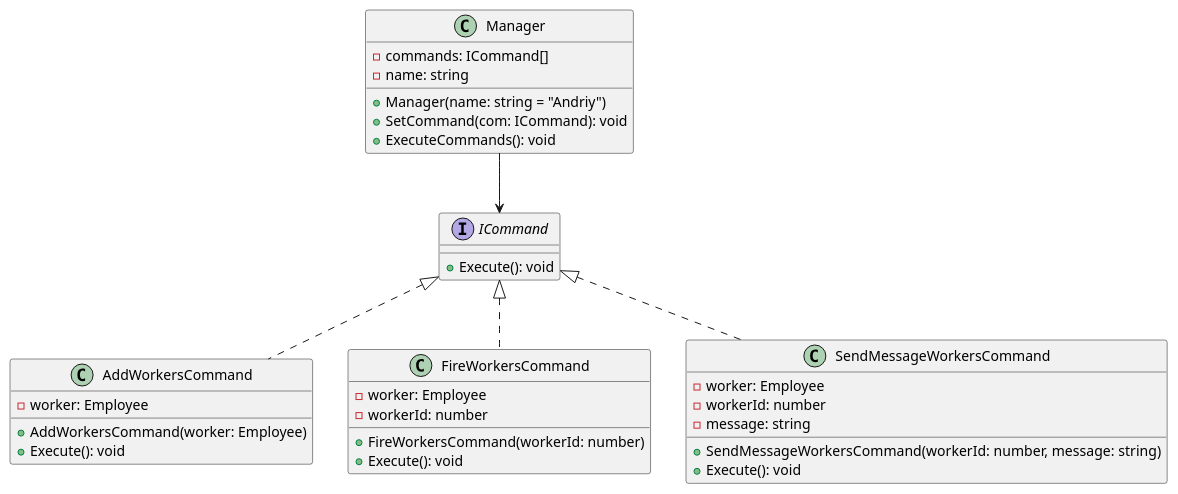
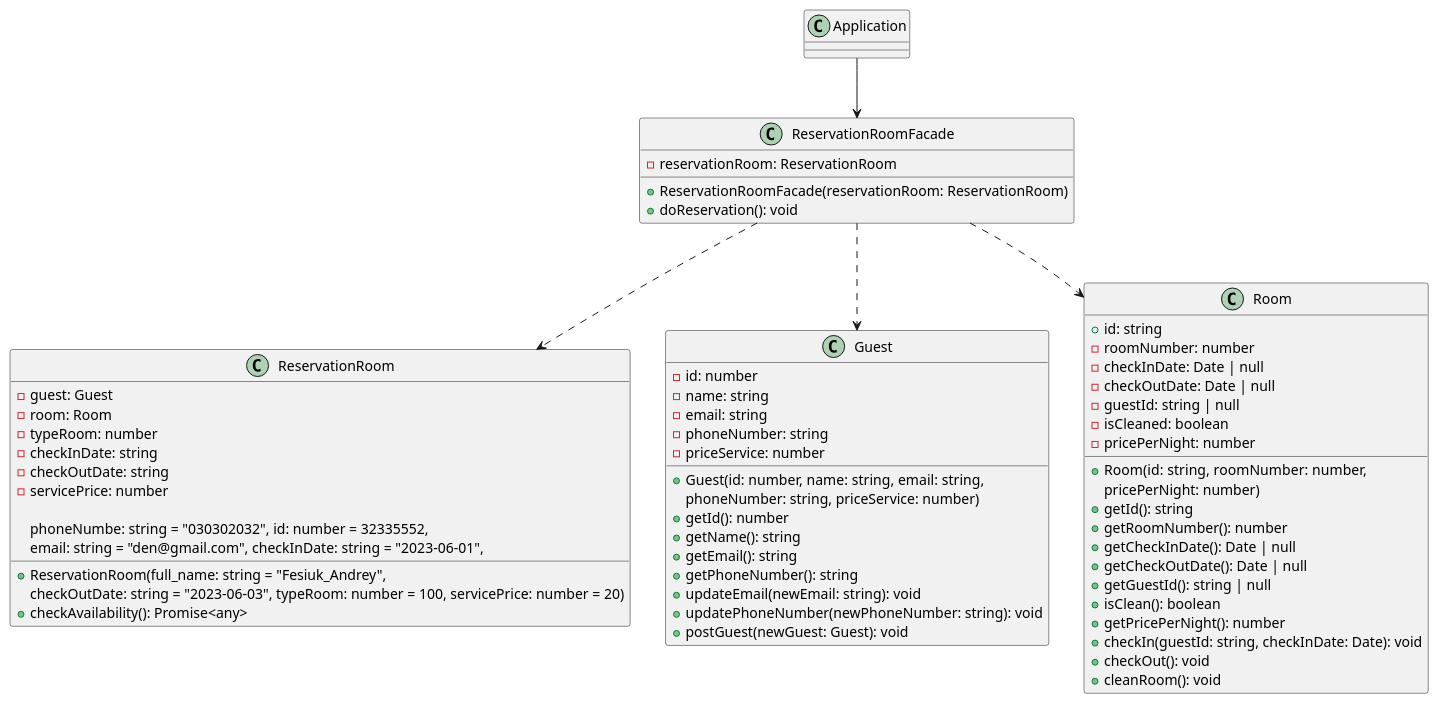
The diagram in public/new.plantuml (indian0ch/HotelInformalSystem), drawn with PlantUML before and after one commit. The commit also changed other lines of this file and 29 other files, not shown here.

```diff
--- a/public/new.plantuml
+++ b/public/new.plantuml
@@ -1,42 +1,70 @@
 @startuml
+class ReservationRoomFacade {
+  - reservationRoom: ReservationRoom
 
-interface ICommand {
-  + Execute(): void
+  + ReservationRoomFacade(reservationRoom: ReservationRoom)
+  + doReservation(): void
 }
 
-class Manager {
-  - commands: ICommand[]
-  - name: string
-  + Manager(name: string = "Andriy")
-  + SetCommand(com: ICommand): void
-  + ExecuteCommands(): void
+class ReservationRoom {
+  - guest: Guest
+  - room: Room
+  - typeRoom: number
+  - checkInDate: string
+  - checkOutDate: string
+  - servicePrice: number
+
+  + ReservationRoom(full_name: string = "Fesiuk_Andrey", 
+  phoneNumbe: string = "030302032", id: number = 32335552, 
+  email: string = "den@gmail.com", checkInDate: string = "2023-06-01", 
+  checkOutDate: string = "2023-06-03", typeRoom: number = 100, servicePrice: number = 20)
+  + checkAvailability(): Promise<any>
 }
 
-class AddWorkersCommand {
-  - worker: Employee
-  + AddWorkersCommand(worker: Employee)
-  + Execute(): void
+class Guest {
+  - id: number
+  - name: string
+  - email: string
+  - phoneNumber: string
+  - priceService: number
+
+  + Guest(id: number, name: string, email: string, 
+  phoneNumber: string, priceService: number)
+  + getId(): number
+  + getName(): string
+  + getEmail(): string
+  + getPhoneNumber(): string
+  + updateEmail(newEmail: string): void
+  + updatePhoneNumber(newPhoneNumber: string): void
+  + postGuest(newGuest: Guest): void
 }
 
-class FireWorkersCommand {
-  - worker: Employee
-  - workerId: number
-  + FireWorkersCommand(workerId: number)
-  + Execute(): void
+class Room {
+  + id: string
+  - roomNumber: number
+  - checkInDate: Date | null
+  - checkOutDate: Date | null
+  - guestId: string | null
+  - isCleaned: boolean
+  - pricePerNight: number
+
+  + Room(id: string, roomNumber: number, 
+  pricePerNight: number)
+  + getId(): string
+  + getRoomNumber(): number
+  + getCheckInDate(): Date | null
+  + getCheckOutDate(): Date | null
+  + getGuestId(): string | null
+  + isClean(): boolean
+  + getPricePerNight(): number
+  + checkIn(guestId: string, checkInDate: Date): void
+  + checkOut(): void
+  + cleanRoom(): void
 }
 
-class SendMessageWorkersCommand {
-  - worker: Employee
-  - workerId: number
-  - message: string
-  + SendMessageWorkersCommand(workerId: number, message: string)
-  + Execute(): void
-}
-
- ICommand <|.. AddWorkersCommand
- ICommand <|.. FireWorkersCommand
- ICommand <|.. SendMessageWorkersCommand
-
-Manager --> ICommand
+Application --> ReservationRoomFacade
+ReservationRoomFacade ..>Room
+ReservationRoomFacade ..>Guest
+ReservationRoomFacade ..>ReservationRoom
 
 @enduml
```
